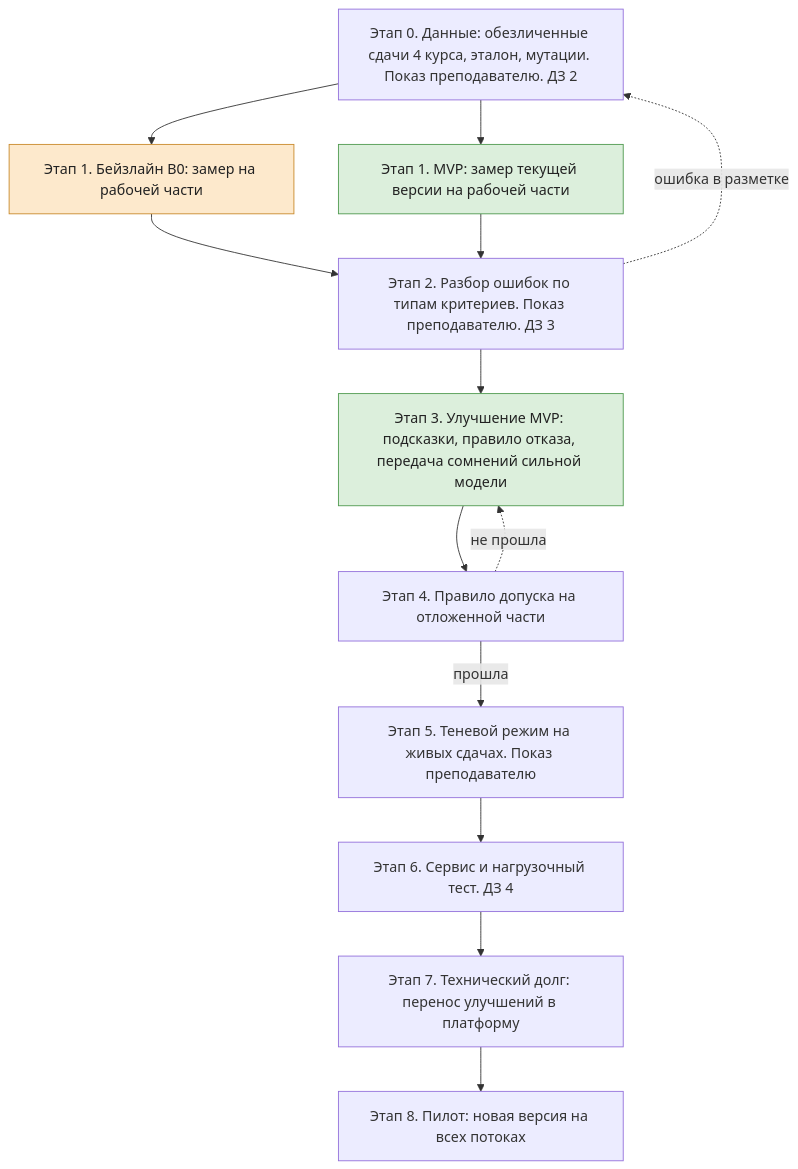
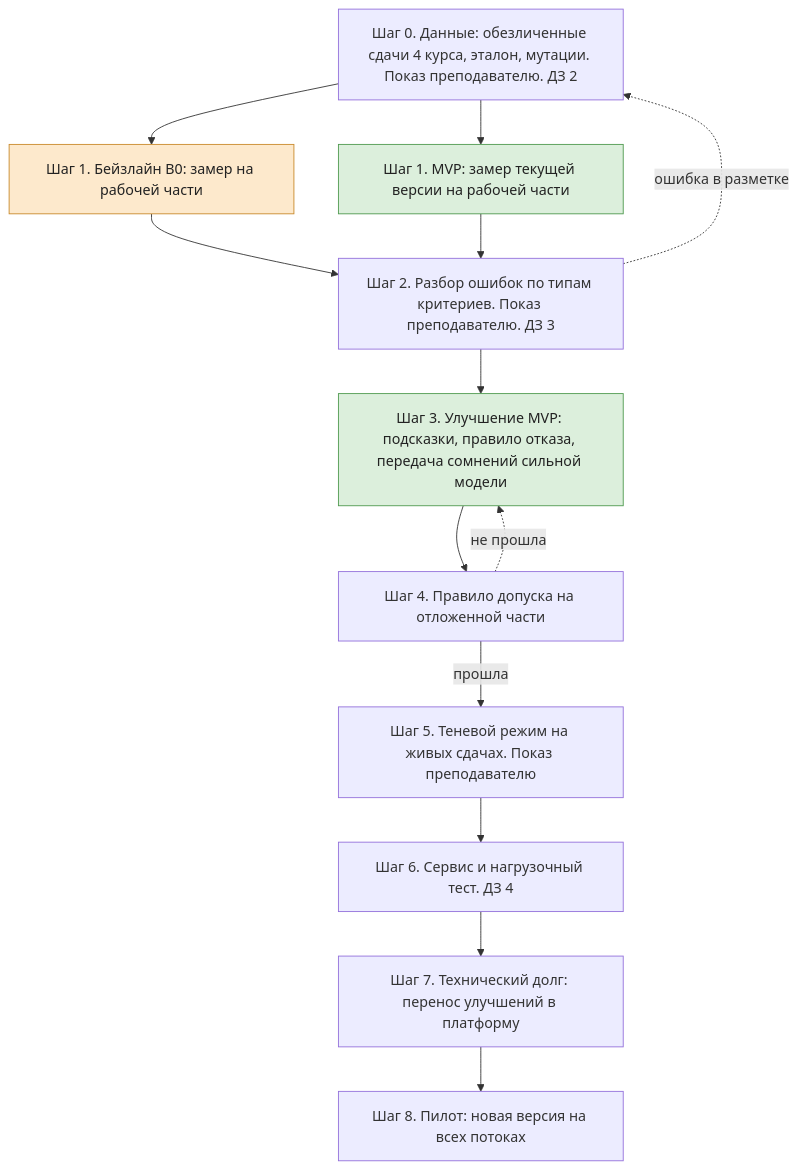
One commit to ChS23/mlsd-judge changed the third of 6 diagrams in docs/ml_system_design_doc.md. Above: the diagram before and after it, drawn with Mermaid. The commit also changed other lines of this file, not shown here.

First line of the commit message:
docs: разбор уже размеченных вердиктов и шаги плана вместо этапов

````diff
--- a/docs/ml_system_design_doc.md
+++ b/docs/ml_system_design_doc.md
@@ -411,32 +411,32 @@
 ```mermaid
 %%{init: {"flowchart": {"wrappingWidth": 260}}}%%
 flowchart TB
-    S0[Этап 0. Данные: обезличенные сдачи 4 курса, эталон, мутации. Показ преподавателю. ДЗ 2]
-    S1B[Этап 1. Бейзлайн B0: замер на рабочей части]
-    S1M[Этап 1. MVP: замер текущей версии на рабочей части]
-    S2[Этап 2. Разбор ошибок по типам критериев. Показ преподавателю. ДЗ 3]
-    S3[Этап 3. Улучшение MVP: подсказки, правило отказа, передача сомнений сильной модели]
-    S4[Этап 4. Правило допуска на отложенной части]
-    S5[Этап 5. Теневой режим на живых сдачах. Показ преподавателю]
-    S6[Этап 6. Сервис и нагрузочный тест. ДЗ 4]
-    S7[Этап 7. Технический долг: перенос улучшений в платформу]
-    S8[Этап 8. Пилот: новая версия на всех потоках]
+    S0[Шаг 0. Данные: обезличенные сдачи 4 курса, эталон, мутации. Показ преподавателю. ДЗ 2]
+    S1B[Шаг 1. Бейзлайн B0: замер на рабочей части]
+    S1M[Шаг 1. MVP: замер текущей версии на рабочей части]
+    S2[Шаг 2. Разбор ошибок по типам критериев. Показ преподавателю. ДЗ 3]
+    S3[Шаг 3. Улучшение MVP: подсказки, правило отказа, передача сомнений сильной модели]
+    S4[Шаг 4. Правило допуска на отложенной части]
+    S5[Шаг 5. Теневой режим на живых сдачах. Показ преподавателю]
+    S6[Шаг 6. Сервис и нагрузочный тест. ДЗ 4]
+    S7[Шаг 7. Технический долг: перенос улучшений в платформу]
+    S8[Шаг 8. Пилот: новая версия на всех потоках]
 
     S0 --> S1B
     S0 --> S1M
     S1B --> S2
     S1M --> S2
     S2 --> S3
     S3 --> S4
     S4 -->|прошла| S5
     S5 --> S6
     S6 --> S7
     S7 --> S8
     S4 -.->|не прошла| S3
     S2 -.->|ошибка в разметке| S0
 
     classDef base fill:#fde9cc,stroke:#c98a2b,color:#222
     classDef mvp fill:#dcefdc,stroke:#4f9a4f,color:#222
     class S1B base
     class S1M,S3 mvp
 ```
````
